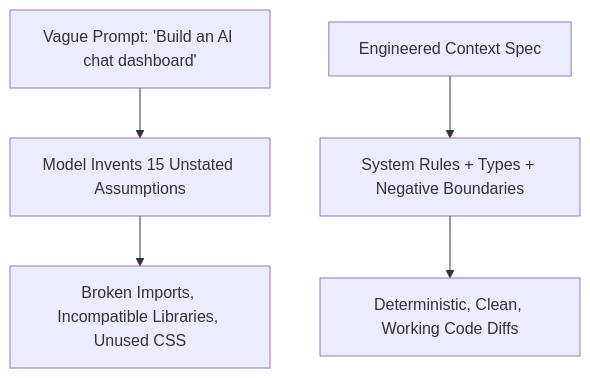
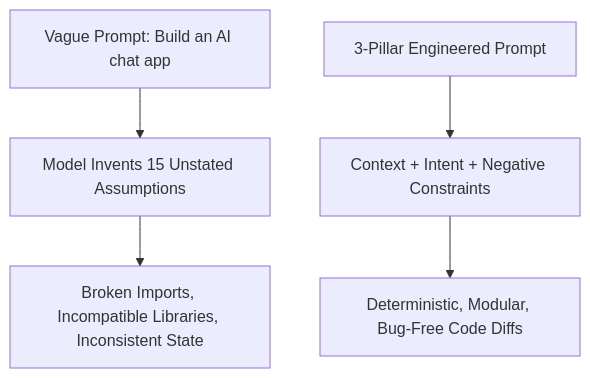
One commit to Karang1908/vibecoding changed the first of 4 diagrams in docs/day-1/03-prompting-and-context-engineering.md. Above: the diagram before and after it, drawn with Mermaid. The commit also changed other lines of this file and 21 other files, not shown here.

````diff
--- a/docs/day-1/03-prompting-and-context-engineering.md
+++ b/docs/day-1/03-prompting-and-context-engineering.md
@@ -22,8 +22,8 @@
 ```mermaid
 graph TD
-    A[Vague Prompt: 'Build an AI chat dashboard'] --> B[Model Invents 15 Unstated Assumptions]
-    B --> C[Broken Imports, Incompatible Libraries, Unused CSS]
+    A["Vague Prompt: Build an AI chat app"] --> B["Model Invents 15 Unstated Assumptions"]
+    B --> C["Broken Imports, Incompatible Libraries, Inconsistent State"]
     
-    D[Engineered Context Spec] --> E[System Rules + Types + Negative Boundaries]
-    E --> F[Deterministic, Clean, Working Code Diffs]
+    D["3-Pillar Engineered Prompt"] --> E["Context + Intent + Negative Constraints"]
+    E --> F["Deterministic, Modular, Bug-Free Code Diffs"]
 ```
````
